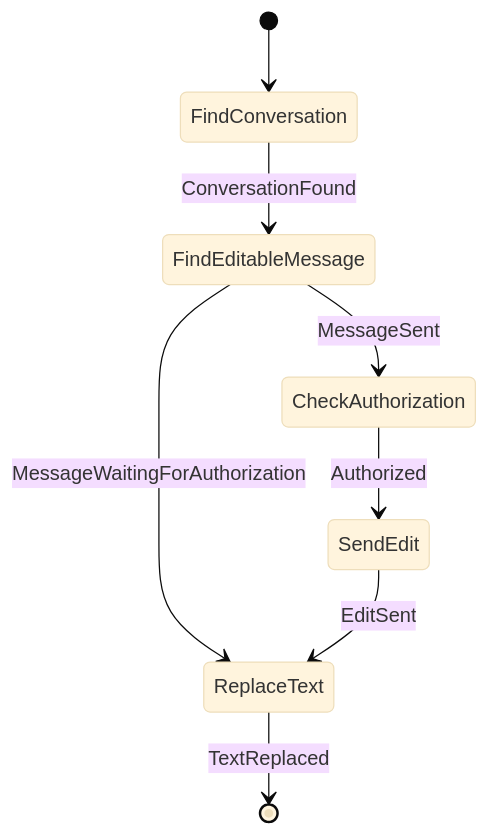
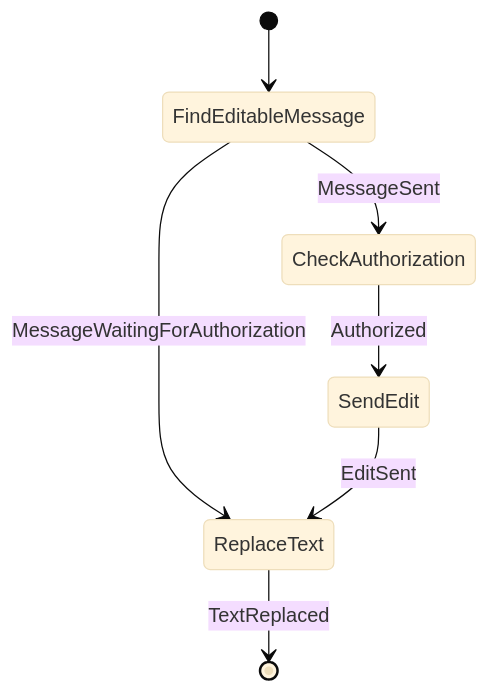
Before and after one commit to cbgm/Sparrow: the fifth of 27 diagrams in docs/architecture/workflows/message.md, drawn with Mermaid (base theme). The commit also changed other lines of this file and 193 other files, not shown here.

````diff
--- a/docs/architecture/workflows/message.md
+++ b/docs/architecture/workflows/message.md
@@ -104,10 +170,9 @@
 ```mermaid
 stateDiagram-v2
-    [*] --> FindConversation
-    FindConversation --> FindEditableMessage : ConversationFound
+    [*] --> FindEditableMessage
     FindEditableMessage --> CheckAuthorization : MessageSent
     FindEditableMessage --> ReplaceText : MessageWaitingForAuthorization
     CheckAuthorization --> SendEdit : Authorized
     SendEdit --> ReplaceText : EditSent
     ReplaceText --> [*] : TextReplaced
 ```
````
